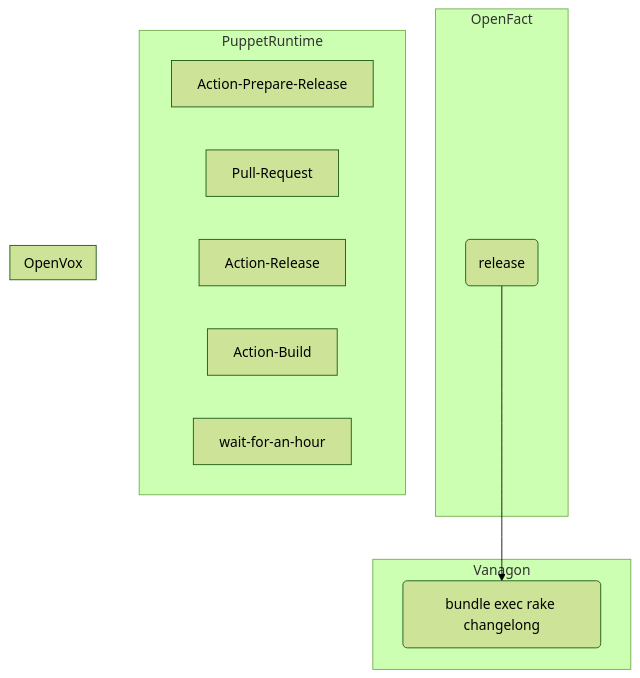
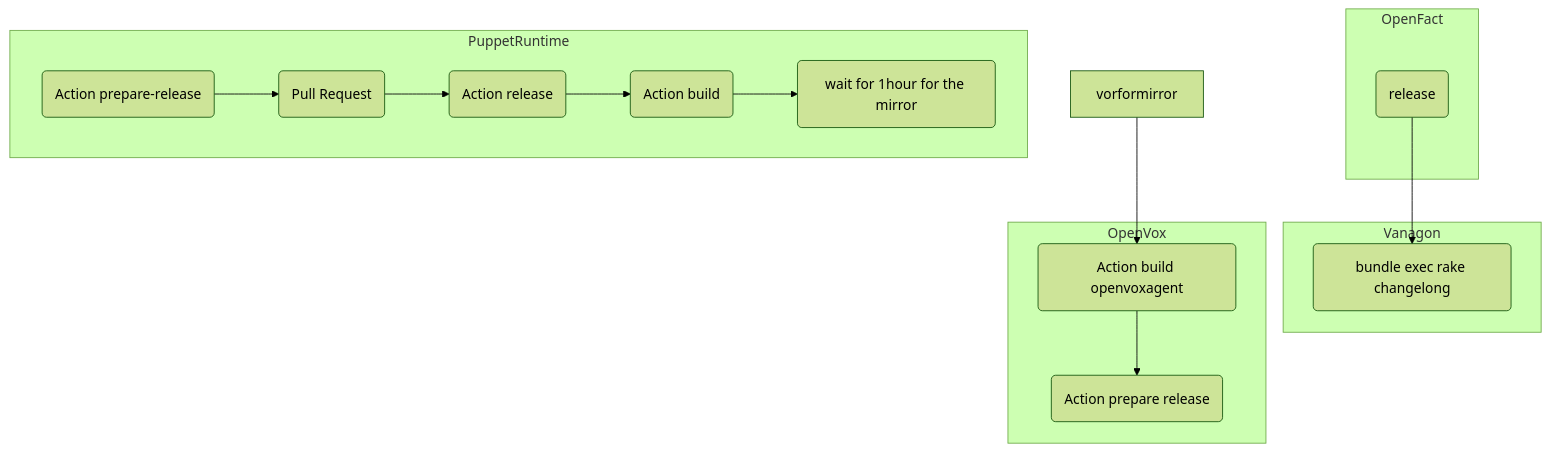
One commit to marcusdots/vanagon-documentation changed the second of 2 diagrams in vanagon_dokumentation.md. Above: the diagram before and after it, drawn with Mermaid (forest theme).

````diff
--- a/vanagon_dokumentation.md
+++ b/vanagon_dokumentation.md
@@ -89,26 +89,29 @@
 ```mermaid
 graph TD;
 
 openfactrelease --> vanagonchangelog
 
 subgraph OpenFact
   openfactrelease("release")
 end
 
 subgraph Vanagon
   vanagonchangelog("`bundle exec rake changelong`")
 end
 
 subgraph PuppetRuntime
-  Action-Prepare-Release
-  Pull-Request
-  Action-Release
-  Action-Build
-  wait-for-an-hour
+  PuppetRuntimeActionPrepareRelease("Action prepare-release") -->
+  PuppetRuntimePullRequest("Pull Request") -->
+  PuppetRuntimeActionRelease("Action release") -->
+  PuppetRuntimeActionBuild("Action build") -->
+  waitformirror("wait for 1hour for the mirror")
 end
 
+vorformirror-->openvoxbuildagent
+
 subgraph OpenVox
-
+  openvoxbuildagent("Action build openvoxagent") -->
+  openvoxpreparerelease("Action prepare release")
 end
 
 ```
````
